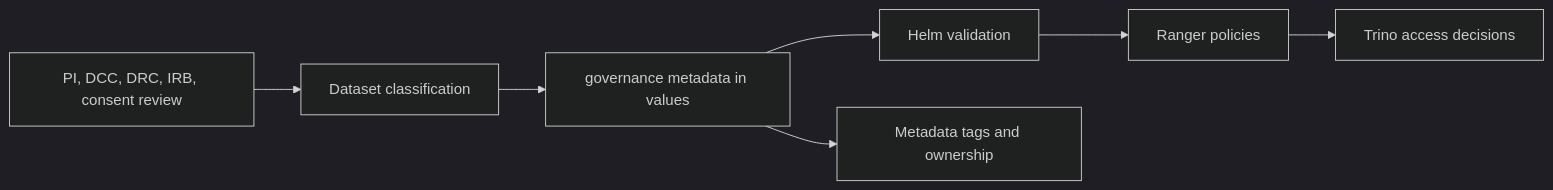
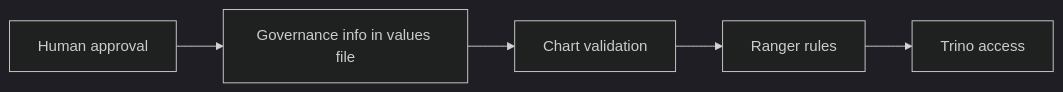
Before and after one commit to sanger-pathogens/dlh-in-a-box-umbrella-helm-chart: the diagram in docs/data-governance.md, drawn with Mermaid (dark theme). The commit also changed other lines of this file and 27 other files, not shown here.

Commit message:
Rewrite and simplify chart documentation

````diff
--- a/docs/data-governance.md
+++ b/docs/data-governance.md
@@ -10,9 +10,7 @@
 ```mermaid
 flowchart LR
-  Review[PI, DCC, DRC, IRB, consent review] --> Classification[Dataset classification]
-  Classification --> Values[governance metadata in values]
-  Values --> Validation[Helm validation]
-  Validation --> Ranger[Ranger policies]
-  Ranger --> Trino[Trino access decisions]
-  Values --> DataHub[Metadata tags and ownership]
+  Human[Human approval] --> Metadata[Governance info in values file]
+  Metadata --> Validation[Chart validation]
+  Validation --> Ranger[Ranger rules]
+  Ranger --> Trino[Trino access]
 ```
````
